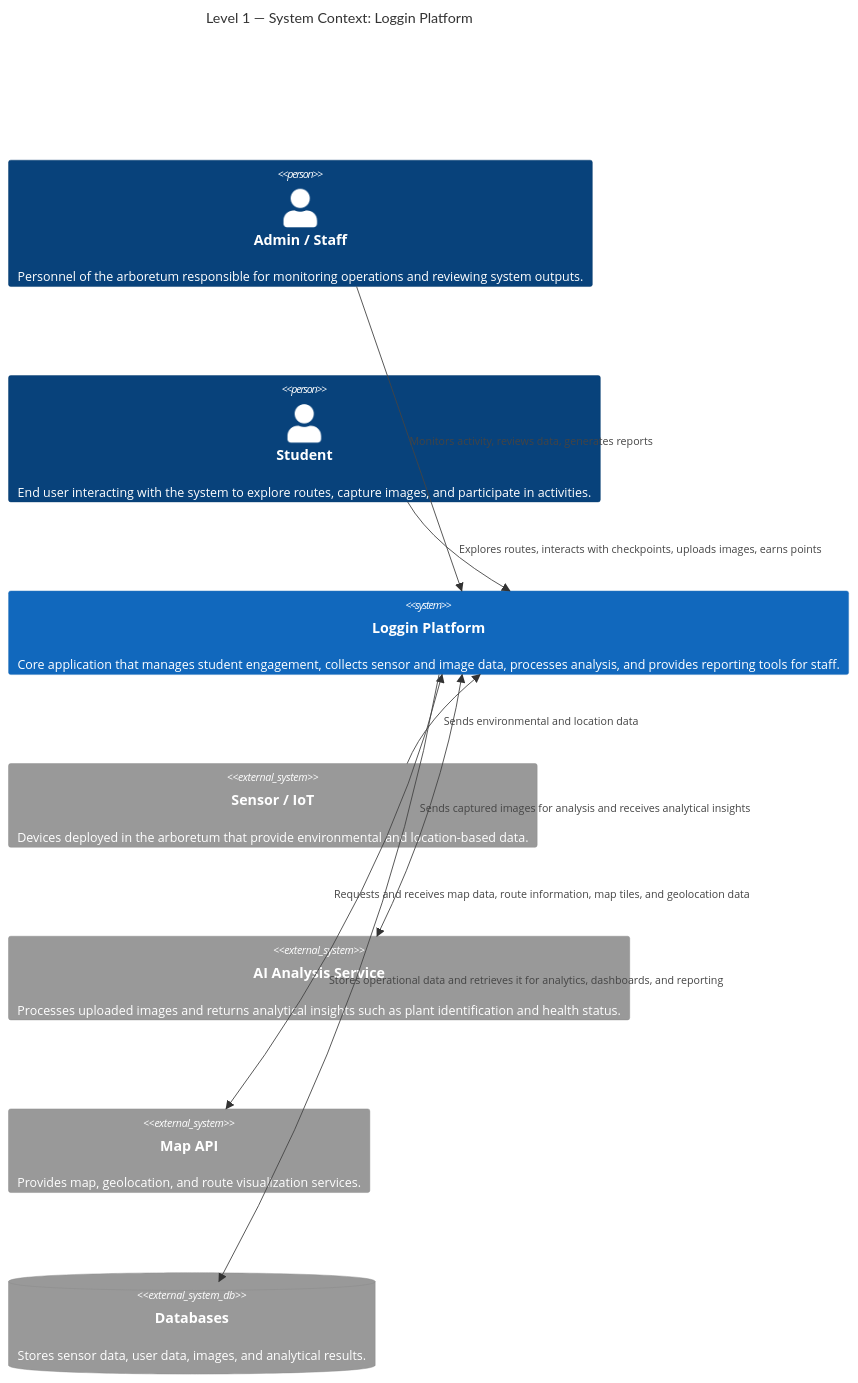
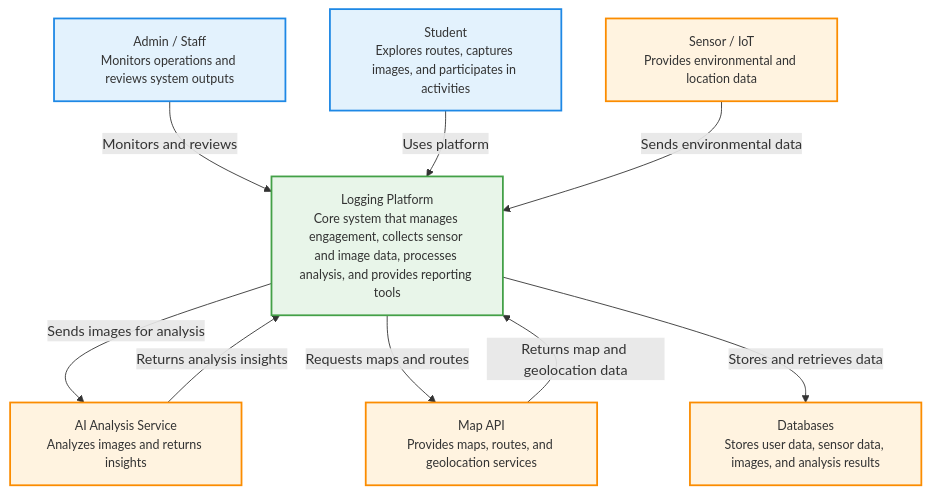
Before and after one commit to RubberDuck808/lab4-goalz: the diagram in docs/diagrams/c4_level1_context.mmd, drawn with Mermaid.

Commit message:
mermaid test

```diff
--- a/docs/diagrams/c4_level1_context.mmd
+++ b/docs/diagrams/c4_level1_context.mmd
@@ -1,19 +1,24 @@
-C4Context
-    title Level 1 — System Context: Loggin Platform
+---
+config:
+  layout: fixed
+---
+flowchart TB
+    admin["Admin / Staff<br>Monitors operations and reviews system outputs"] -- Monitors and reviews --> logging["Logging Platform<br>Core system that manages engagement, collects sensor and image data, processes analysis, and provides reporting tools"]
+    student["Student<br>Explores routes, captures images, and participates in activities"] -- Uses platform --> logging
+    sensor["Sensor / IoT<br>Provides environmental and location data"] -- Sends environmental data --> logging
+    logging -- Sends images for analysis --> ai["AI Analysis Service<br>Analyzes images and returns insights"]
+    ai -- Returns analysis insights --> logging
+    logging -- Requests maps and routes --> mapapi["Map API<br>Provides maps, routes, and geolocation services"]
+    mapapi -- Returns map and geolocation data --> logging
+    logging -- Stores and retrieves data --> db["Databases<br>Stores user data, sensor data, images, and analysis results"]
 
-    Person(admin, "Admin / Staff", "Personnel of the arboretum responsible for monitoring operations and reviewing system outputs.")
-    Person(student, "Student", "End user interacting with the system to explore routes, capture images, and participate in activities.")
-
-    System(loggin, "Loggin Platform", "Core application that manages student engagement, collects sensor and image data, processes analysis, and provides reporting tools for staff.")
-
-    System_Ext(sensor, "Sensor / IoT", "Devices deployed in the arboretum that provide environmental and location-based data.")
-    System_Ext(ai, "AI Analysis Service", "Processes uploaded images and returns analytical insights such as plant identification and health status.")
-    System_Ext(mapapi, "Map API", "Provides map, geolocation, and route visualization services.")
-    SystemDb_Ext(databases, "Databases", "Stores sensor data, user data, images, and analytical results.")
-
-    Rel(admin, loggin, "Monitors activity, reviews data, generates reports")
-    Rel(student, loggin, "Explores routes, interacts with checkpoints, uploads images, earns points")
-    Rel(sensor, loggin, "Sends environmental and location data")
-    BiRel(loggin, ai, "Sends captured images for analysis and receives analytical insights")
-    BiRel(loggin, mapapi, "Requests and receives map data, route information, map tiles, and geolocation data")
-    Rel(loggin, databases, "Stores operational data and retrieves it for analytics, dashboards, and reporting")
+     admin:::person
+     logging:::system
+     student:::person
+     sensor:::external
+     ai:::external
+     mapapi:::external
+     db:::external
+    classDef person fill:#e3f2fd,stroke:#1e88e5,stroke-width:2px,font-size:14px
+    classDef system fill:#e8f5e9,stroke:#43a047,stroke-width:2px,font-size:14px
+    classDef external fill:#fff3e0,stroke:#fb8c00,stroke-width:2px,font-size:14px
```
